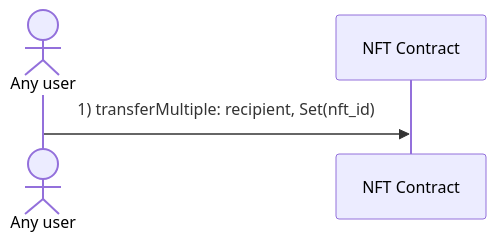
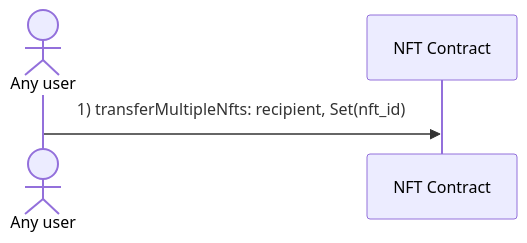
Before and after one commit to marc0olo/aens-nfts: the second of 2 diagrams in docs/diagrams/transfer_nfts.md, drawn with Mermaid. The commit also changed 2 other files, not shown here.

Commit message:
update interface due to duplicate entrypoints

````diff
--- a/docs/diagrams/transfer_nfts.md
+++ b/docs/diagrams/transfer_nfts.md
@@ -14,5 +14,5 @@
 ```mermaid
 sequenceDiagram
     actor Any user
-    Any user ->> NFT Contract: 1) transferMultiple: recipient, Set(nft_id)
+    Any user ->> NFT Contract: 1) transferMultipleNfts: recipient, Set(nft_id)
 ```
````
